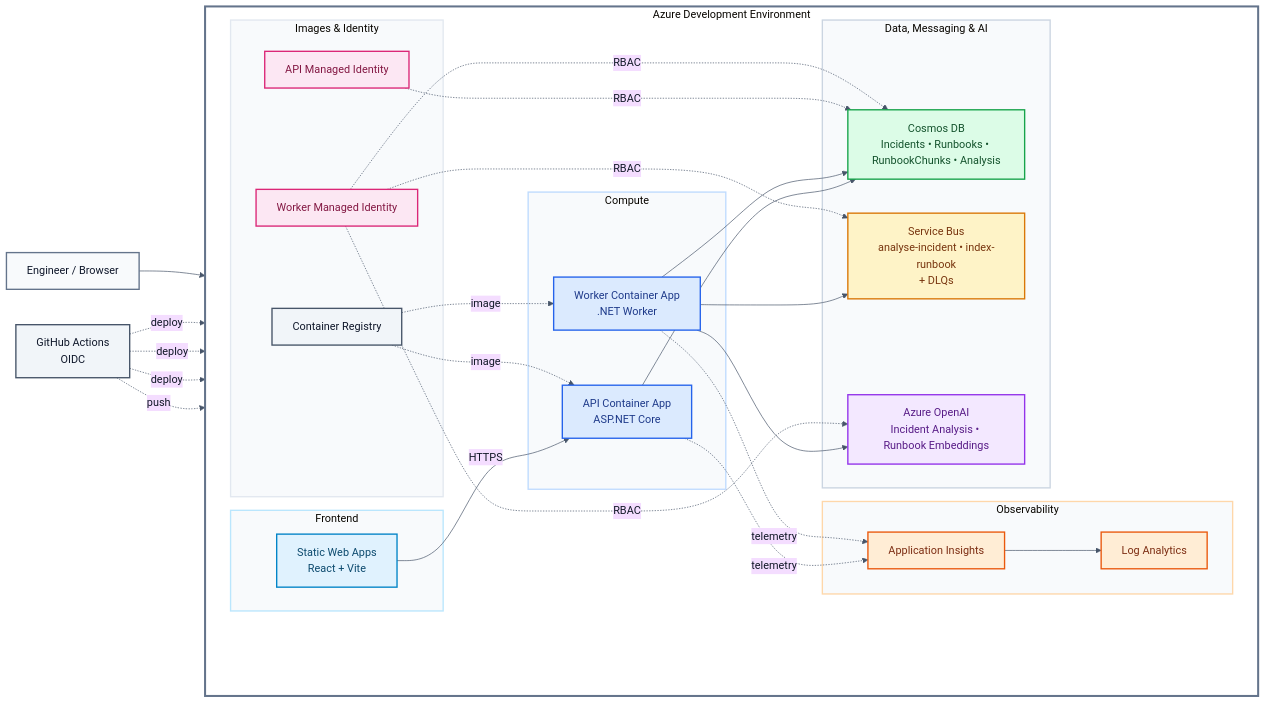
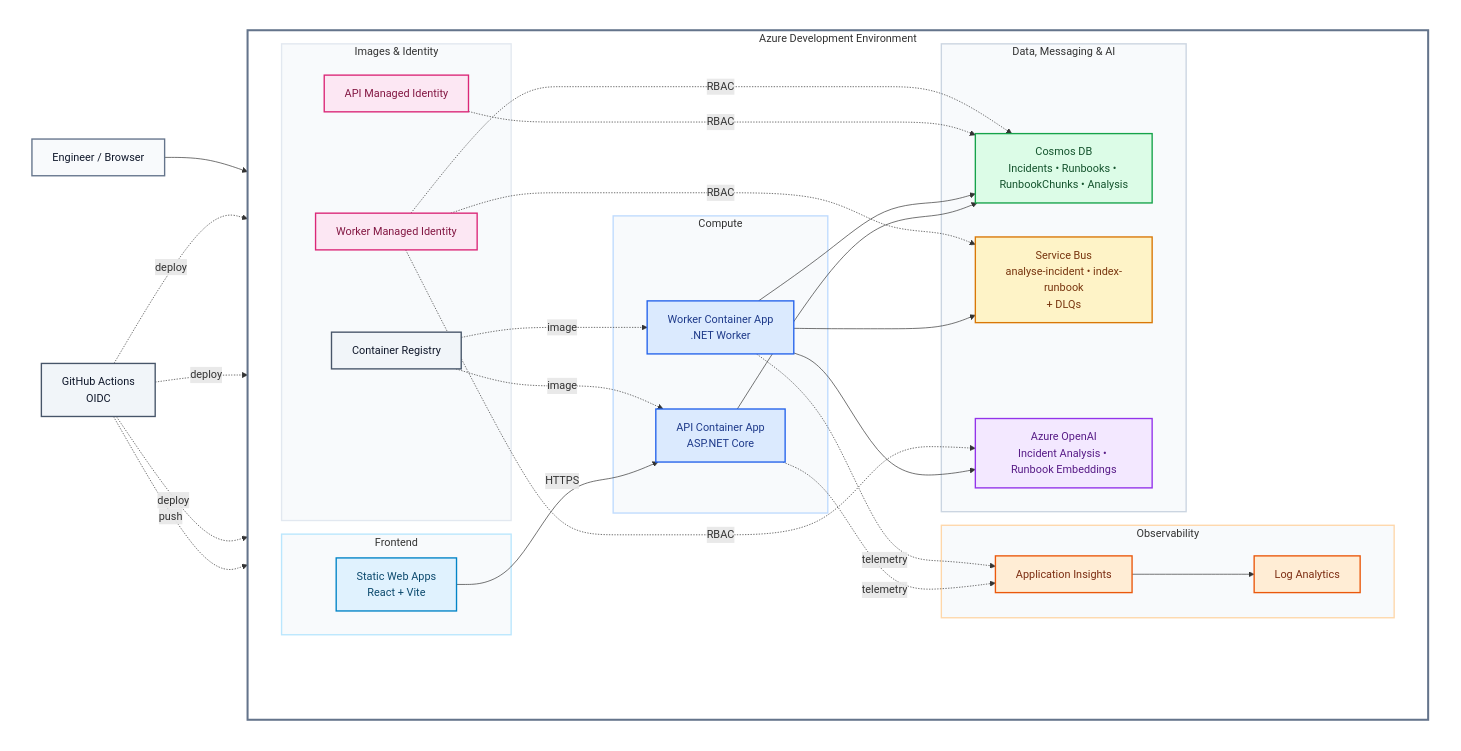
One commit to danielmusselwhite/IncidentIQ changed the first of 5 diagrams in ReadMe.md. Above: the diagram before and after it, drawn with Mermaid. The commit also changed other lines of this file, not shown here.

Commit message:
docs: add white background to mermaids for better viewing in github darkmode

````diff
--- a/ReadMe.md
+++ b/ReadMe.md
@@ -19,6 +19,9 @@
 ```mermaid
-%%{init: {"theme": "base", "themeVariables": {"background": "#ffffff", "primaryTextColor": "#111827", "lineColor": "#475569"}}}%%
 flowchart LR
+
+    subgraph WhiteBackground[" "]
+        direction LR
+
     User["Engineer / Browser"]:::external
     GitHub["GitHub Actions<br/>OIDC"]:::delivery
 
@@ -76,6 +79,8 @@
     WorkerMI -. RBAC .-> ServiceBus
     WorkerMI -. RBAC .-> OpenAI
 
+    end
+
     classDef external fill:#f8fafc,stroke:#64748b,color:#0f172a,stroke-width:2px;
     classDef frontend fill:#e0f2fe,stroke:#0284c7,color:#0c4a6e,stroke-width:2px;
     classDef compute fill:#dbeafe,stroke:#2563eb,color:#1e3a8a,stroke-width:2px;
@@ -86,6 +91,8 @@
     classDef identity fill:#fce7f3,stroke:#db2777,color:#831843,stroke-width:2px;
     classDef delivery fill:#f1f5f9,stroke:#475569,color:#0f172a,stroke-width:2px;
 
+    style WhiteBackground fill:#ffffff,stroke:#ffffff,color:#ffffff
+
     style Azure fill:#ffffff,stroke:#64748b,stroke-width:3px
     style Frontend fill:#f8fafc,stroke:#bae6fd,stroke-width:2px
     style Compute fill:#f8fafc,stroke:#bfdbfe,stroke-width:2px
````
